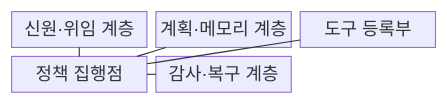
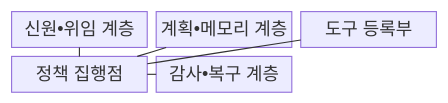
Before and after one commit to agnusdei1207/knowledge-base: the first of 2 diagrams in src/content/docs/notes/05-security/090_agent_security.md, drawn with Mermaid. The commit also changed other lines of this file and 953 other files, not shown here.

````diff
--- a/src/content/docs/notes/05-security/090_agent_security.md
+++ b/src/content/docs/notes/05-security/090_agent_security.md
@@ -63,13 +63,13 @@
 ```mermaid
 block-beta
   columns 3
-  A["신원·위임 계층"]
-  B["계획·메모리 계층"]
+  A["신원•위임 계층"]
+  B["계획•메모리 계층"]
   C["도구 등록부"]
   D["정책 집행점"]
-  E["감사·복구 계층"]
+  E["감사•복구 계층"]
   A --- D
   B --- D
   C --- D
   D --- E
 ```
````
